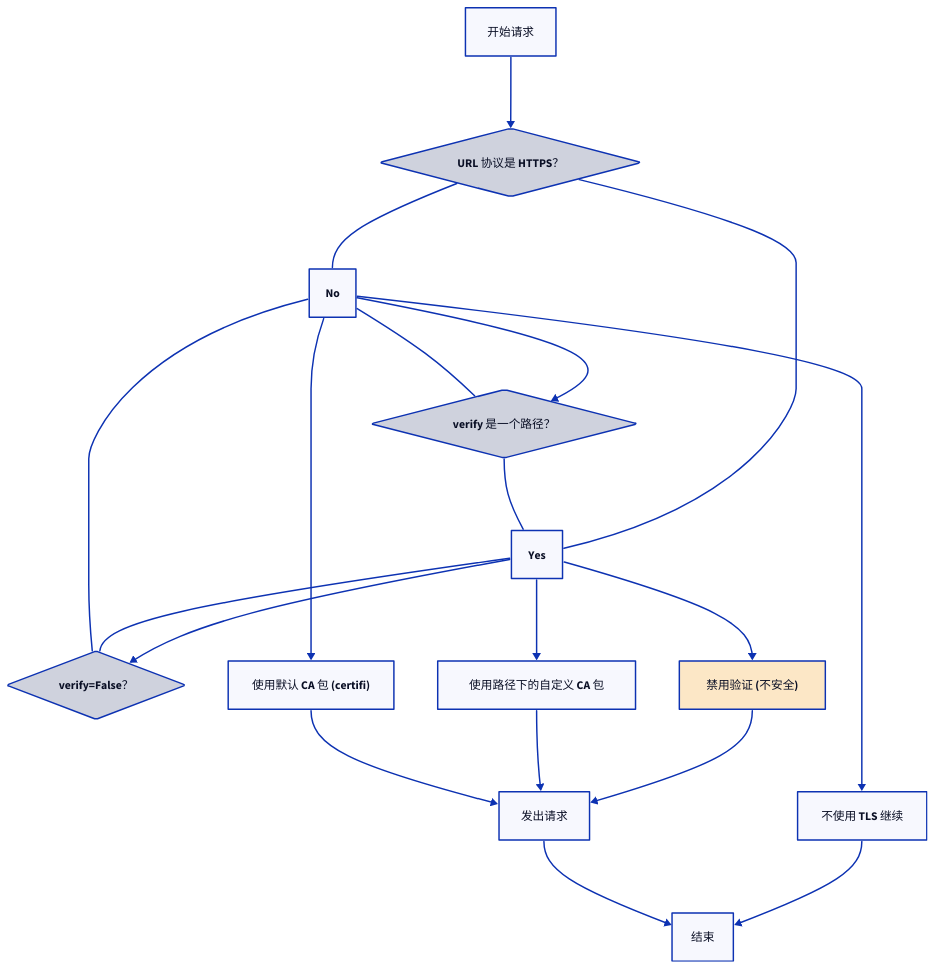
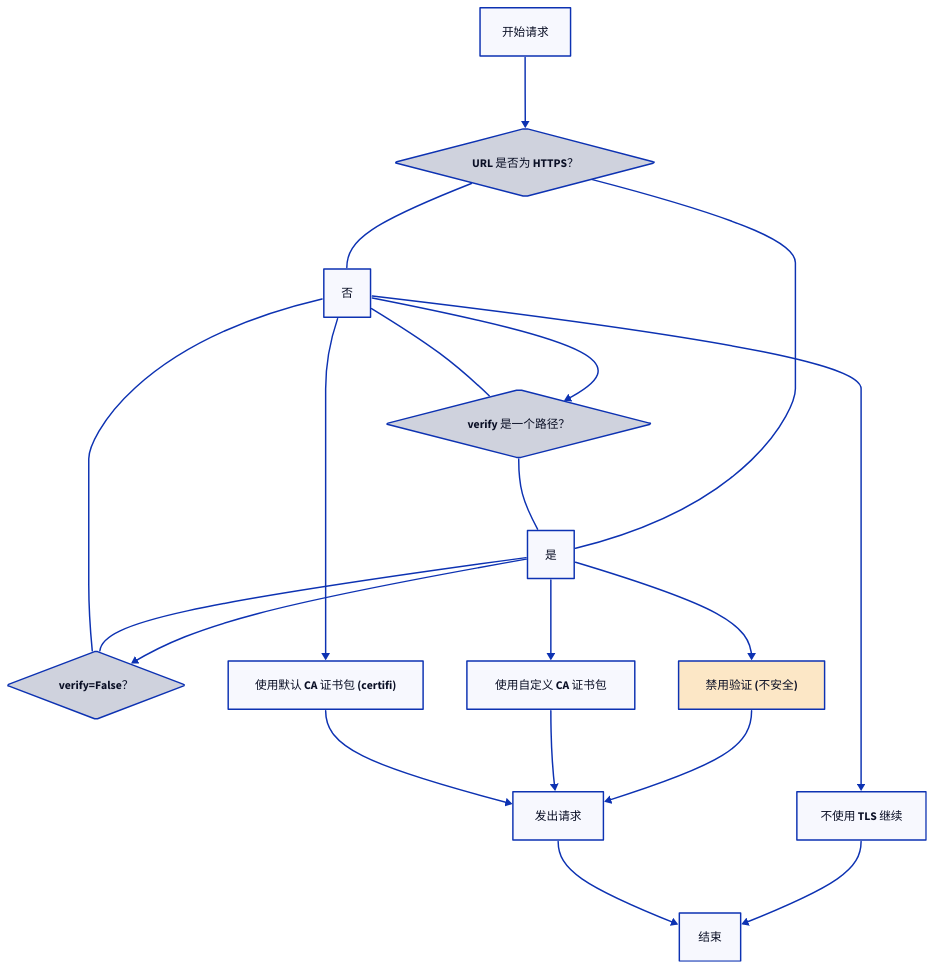
One commit to lban2049/requests changed the diagram in .aigne/doc-smith/docs/advanced-usage-ssl-cert-verification.zh.md. Above: the diagram before and after it, drawn with D2. The commit also changed other lines of this file and 31 other files, not shown here.

````diff
--- a/.aigne/doc-smith/docs/advanced-usage-ssl-cert-verification.zh.md
+++ b/.aigne/doc-smith/docs/advanced-usage-ssl-cert-verification.zh.md
@@ -95,38 +94,38 @@
 ```d2
 direction: down
 
 start: "开始请求"
-is_https: "URL 协议是 HTTPS？" {
+is_https: "URL 是否为 HTTPS？" {
   shape: diamond
 }
 no_tls: "不使用 TLS 继续"
 verify_false: "verify=False？" {
     shape: diamond
 }
 disable_verify: "禁用验证 (不安全)" {
     style.fill: "#fce7c6"
 }
 is_path: "verify 是一个路径？" {
     shape: diamond
 }
-custom_ca: "使用路径下的自定义 CA 包"
-default_ca: "使用默认 CA 包 (certifi)"
+custom_ca: "使用自定义 CA 证书包"
+default_ca: "使用默认 CA 证书包 (certifi)"
 make_request: "发出请求"
 end: "结束"
 
 start -> is_https
-is_https -- "No" -> no_tls
-is_https -- "Yes" -> verify_false
+is_https -- "否" -> no_tls
+is_https -- "是" -> verify_false
 
-verify_false -- "Yes" -> disable_verify
-verify_false -- "No" -> is_path
+verify_false -- "是" -> disable_verify
+verify_false -- "否" -> is_path
 
-is_path -- "Yes" -> custom_ca
-is_path -- "No" -> default_ca
+is_path -- "是" -> custom_ca
+is_path -- "否" -> default_ca
 
 disable_verify -> make_request
 custom_ca -> make_request
 default_ca -> make_request
 no_tls -> end
 make_request -> end
 ```
````
